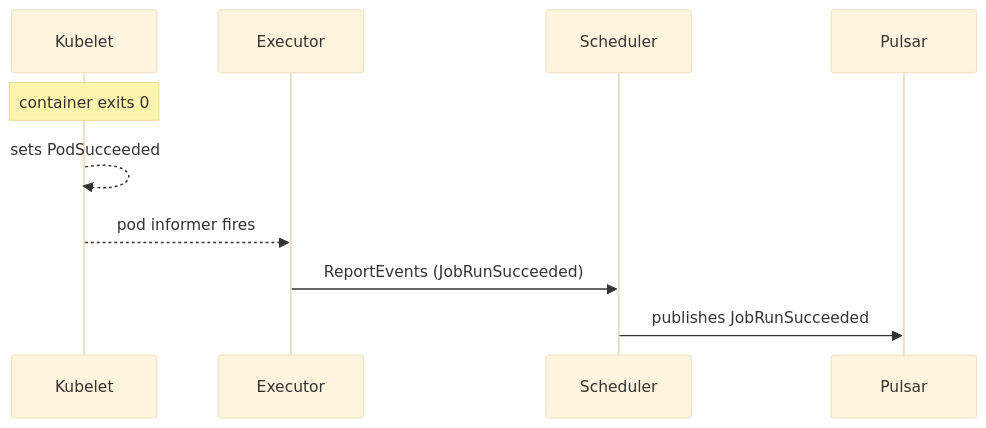
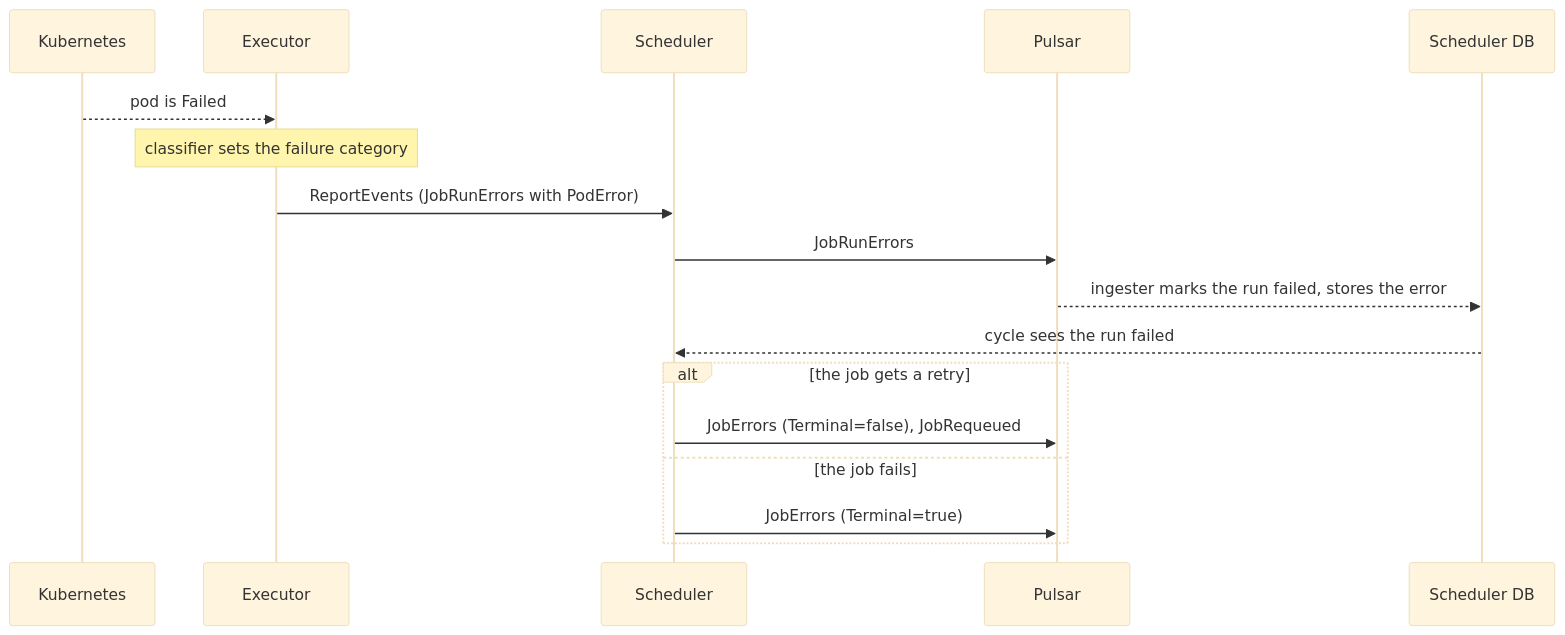
Before and after one commit to armadaproject/armada: the fifth of 11 diagrams in docs/developer/job-lifecycle-events.md, drawn with Mermaid (base theme). The commit also changed other lines of this file, not shown here.

Commit message:
Restructure the job lifecycle events doc for readers

````diff
--- a/docs/developer/job-lifecycle-events.md
+++ b/docs/developer/job-lifecycle-events.md
@@ -263,12 +368,19 @@
 ```mermaid
 sequenceDiagram
-    participant K as Kubelet
+    participant K as Kubernetes
     participant E as Executor
     participant Sc as Scheduler
     participant P as Pulsar
-    Note over K: container exits 0
-    K-->>K: sets PodSucceeded
-    K-->>E: pod informer fires
-    E->>Sc: ReportEvents (JobRunSucceeded)
-    Sc->>P: publishes JobRunSucceeded
+    participant Pg as Scheduler DB
+    K-->>E: pod is Failed
+    Note over E: classifier sets the failure category
+    E->>Sc: ReportEvents (JobRunErrors with PodError)
+    Sc->>P: JobRunErrors
+    P-->>Pg: ingester marks the run failed, stores the error
+    Pg-->>Sc: cycle sees the run failed
+    alt the job gets a retry
+        Sc->>P: JobErrors (Terminal=false), JobRequeued
+    else the job fails
+        Sc->>P: JobErrors (Terminal=true)
+    end
 ```
````
